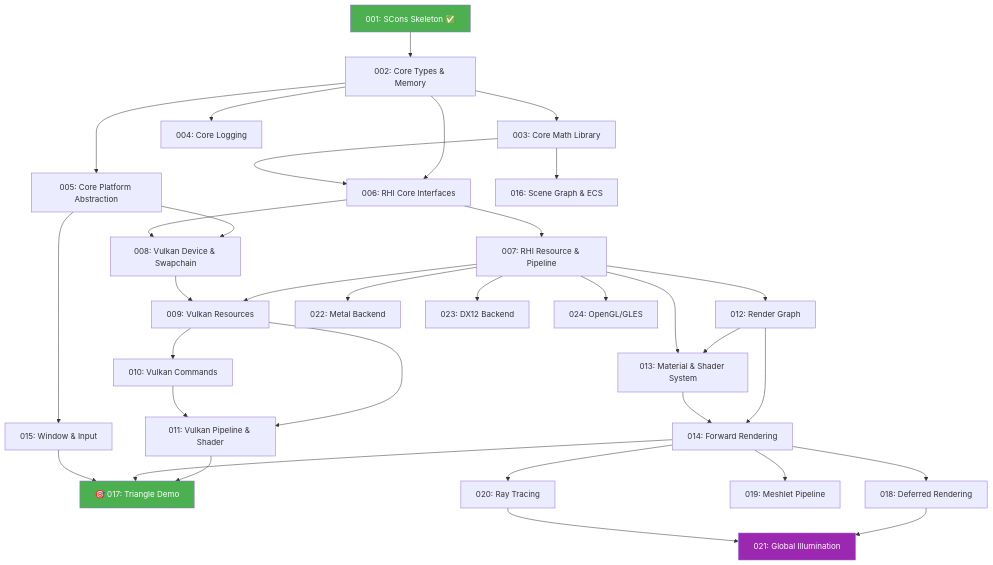
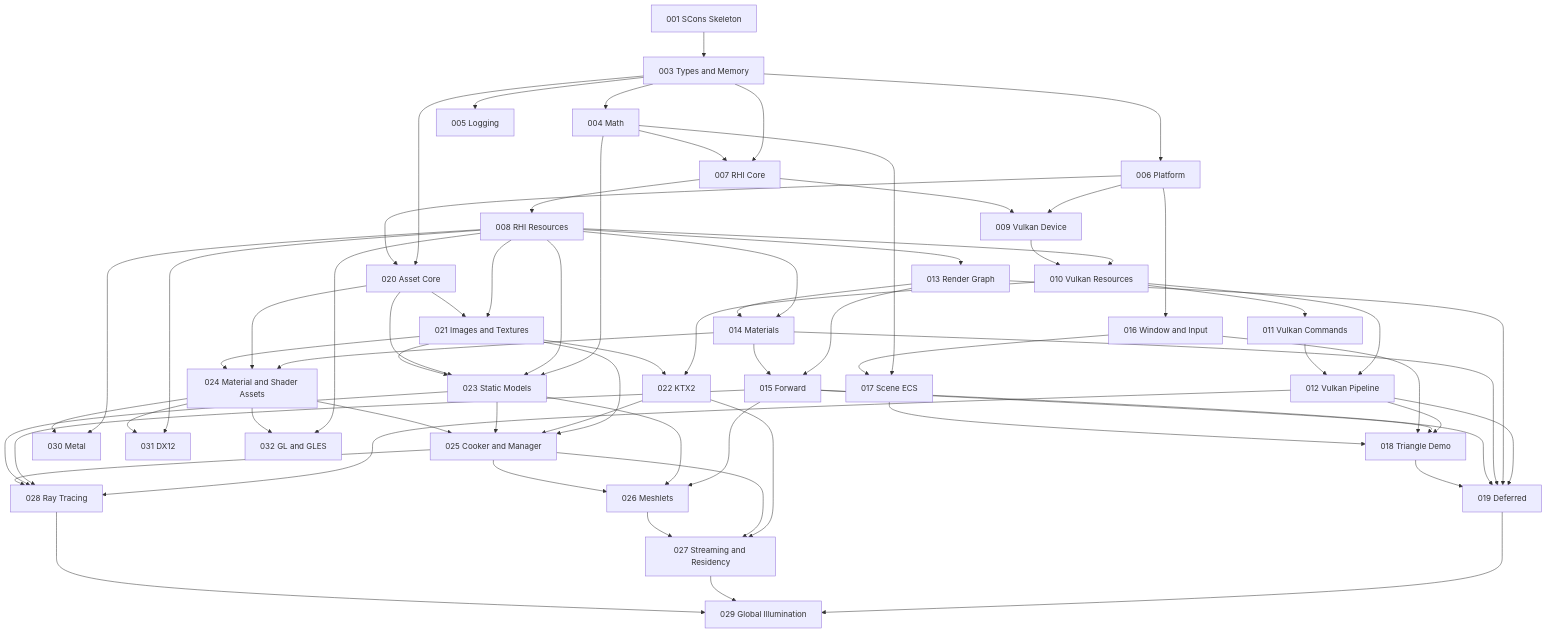
One commit to WSSStone/stoner-graphics-lab changed the second of 2 diagrams in doc/roadmap.md. Above: the diagram before and after it, drawn with Mermaid. The commit also changed other lines of this file and 8 other files, not shown here.

Commit message:
feat(renderer): implement deferred rendering pipeline

````diff
--- a/doc/roadmap.md
+++ b/doc/roadmap.md
@@ -148,46 +189,71 @@
 ```mermaid
 graph TD
-    P001[001: SCons Skeleton ✅] --> P002[002: Core Types & Memory]
-    P002 --> P003[003: Core Math Library]
-    P002 --> P004[004: Core Logging]
-    P002 --> P005[005: Core Platform Abstraction]
-    
-    P002 --> P006[006: RHI Core Interfaces]
-    P003 --> P006
-    P006 --> P007[007: RHI Resource & Pipeline]
-    
-    P005 --> P008[008: Vulkan Device & Swapchain]
-    P006 --> P008
-    P007 --> P009[009: Vulkan Resources]
-    P008 --> P009
-    P009 --> P010[010: Vulkan Commands]
-    P009 --> P011[011: Vulkan Pipeline & Shader]
-    P010 --> P011
-    
-    P007 --> P012[012: Render Graph]
-    P012 --> P013[013: Material & Shader System]
-    P007 --> P013
-    P012 --> P014[014: Forward Rendering]
+    P001[001 SCons Skeleton] --> P003[003 Types and Memory]
+    P003 --> P004[004 Math]
+    P003 --> P005[005 Logging]
+    P003 --> P006[006 Platform]
+    P003 --> P007[007 RHI Core]
+    P004 --> P007
+    P007 --> P008[008 RHI Resources]
+    P006 --> P009[009 Vulkan Device]
+    P007 --> P009
+    P008 --> P010[010 Vulkan Resources]
+    P009 --> P010
+    P010 --> P011[011 Vulkan Commands]
+    P010 --> P012[012 Vulkan Pipeline]
+    P011 --> P012
+    P008 --> P013[013 Render Graph]
+    P008 --> P014[014 Materials]
     P013 --> P014
-    
-    P005 --> P015[015: Window & Input]
-    P003 --> P016[016: Scene Graph & ECS]
-    
-    P011 --> P017[🎯 017: Triangle Demo]
-    P014 --> P017
-    P015 --> P017
-    
-    P014 --> P018[018: Deferred Rendering]
-    P014 --> P019[019: Meshlet Pipeline]
-    P014 --> P020[020: Ray Tracing]
-    P018 --> P021[021: Global Illumination]
+    P013 --> P015[015 Forward]
+    P014 --> P015
+    P006 --> P016[016 Window and Input]
+    P004 --> P017[017 Scene ECS]
+    P016 --> P017
+    P012 --> P018[018 Triangle Demo]
+    P015 --> P018
+    P016 --> P018
+    P017 --> P018
+    P012 --> P019[019 Deferred]
+    P013 --> P019
+    P014 --> P019
+    P015 --> P019
+    P018 --> P019
+
+    P003 --> P020[020 Asset Core]
+    P006 --> P020
+    P008 --> P021[021 Images and Textures]
     P020 --> P021
-    
-    P007 --> P022[022: Metal Backend]
-    P007 --> P023[023: DX12 Backend]
-    P007 --> P024[024: OpenGL/GLES]
-    
-    style P001 fill:#4CAF50,color:#fff
-    style P017 fill:#4CAF50,color:#fff
-    style P021 fill:#9C27B0,color:#fff
+    P010 --> P022[022 KTX2]
+    P021 --> P022
+    P004 --> P023[023 Static Models]
+    P008 --> P023
+    P020 --> P023
+    P021 --> P023
+    P014 --> P024[024 Material and Shader Assets]
+    P020 --> P024
+    P021 --> P024
+    P021 --> P025[025 Cooker and Manager]
+    P022 --> P025
+    P023 --> P025
+    P024 --> P025
+    P015 --> P026[026 Meshlets]
+    P023 --> P026
+    P025 --> P026
+    P022 --> P027[027 Streaming and Residency]
+    P025 --> P027
+    P026 --> P027
+    P012 --> P028[028 Ray Tracing]
+    P015 --> P028
+    P023 --> P028
+    P025 --> P028
+    P019 --> P029[029 Global Illumination]
+    P027 --> P029
+    P028 --> P029
+    P008 --> P030[030 Metal]
+    P024 --> P030
+    P008 --> P031[031 DX12]
+    P024 --> P031
+    P008 --> P032[032 GL and GLES]
+    P024 --> P032
 ```
````
